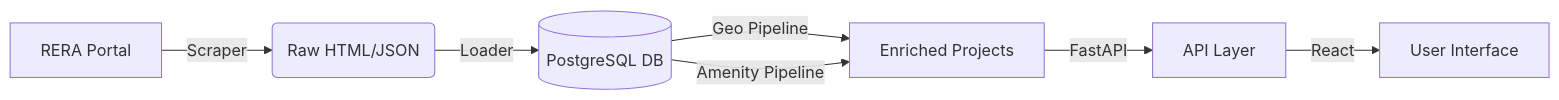
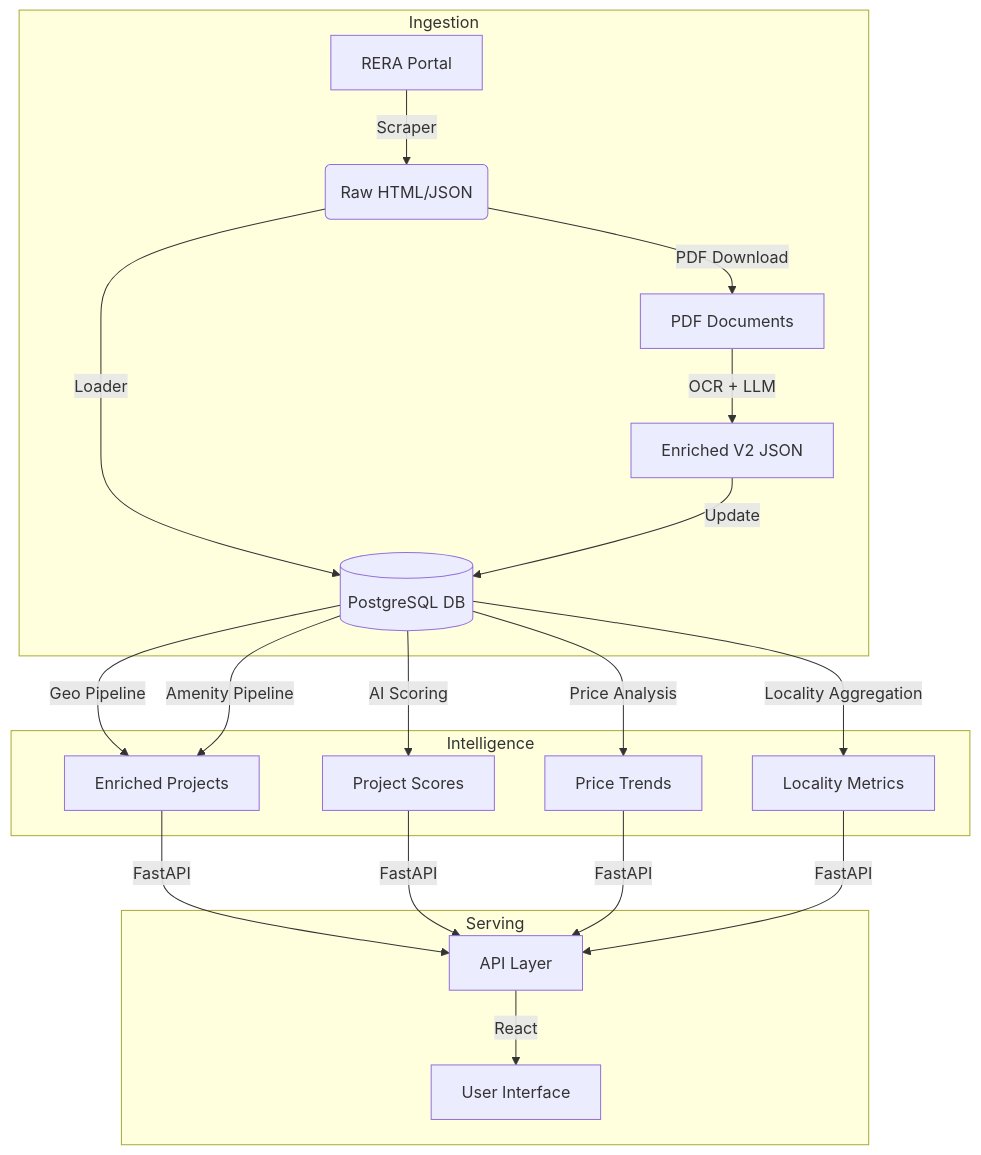
The diagram in docs/02-technical/Architecture.md (sakettamrakar/realmap), drawn with Mermaid before and after one commit. The commit also changed other lines of this file and 198 other files, not shown here.

````diff
--- a/docs/02-technical/Architecture.md
+++ b/docs/02-technical/Architecture.md
@@ -12,9 +13,23 @@
 ```mermaid
-flowchart LR
-    A[RERA Portal] -->|Scraper| B(Raw HTML/JSON)
-    B -->|Loader| C[(PostgreSQL DB)]
-    C -->|Geo Pipeline| D[Enriched Projects]
-    C -->|Amenity Pipeline| D
-    D -->|FastAPI| E[API Layer]
-    E -->|React| F[User Interface]
+flowchart TB
+    subgraph Ingestion
+        A[RERA Portal] -->|Scraper| B(Raw HTML/JSON)
+        B -->|Loader| C[(PostgreSQL DB)]
+        B -->|PDF Download| P[PDF Documents]
+        P -->|OCR + LLM| Q[Enriched V2 JSON]
+        Q -->|Update| C
+    end
+
+    subgraph Intelligence
+        C -->|Geo Pipeline| D[Enriched Projects]
+        C -->|Amenity Pipeline| D
+        C -->|AI Scoring| S[Project Scores]
+        C -->|Price Analysis| T[Price Trends]
+        C -->|Locality Aggregation| L[Locality Metrics]
+    end
+
+    subgraph Serving
+        D & S & T & L -->|FastAPI| E[API Layer]
+        E -->|React| F[User Interface]
+    end
 ```
````
